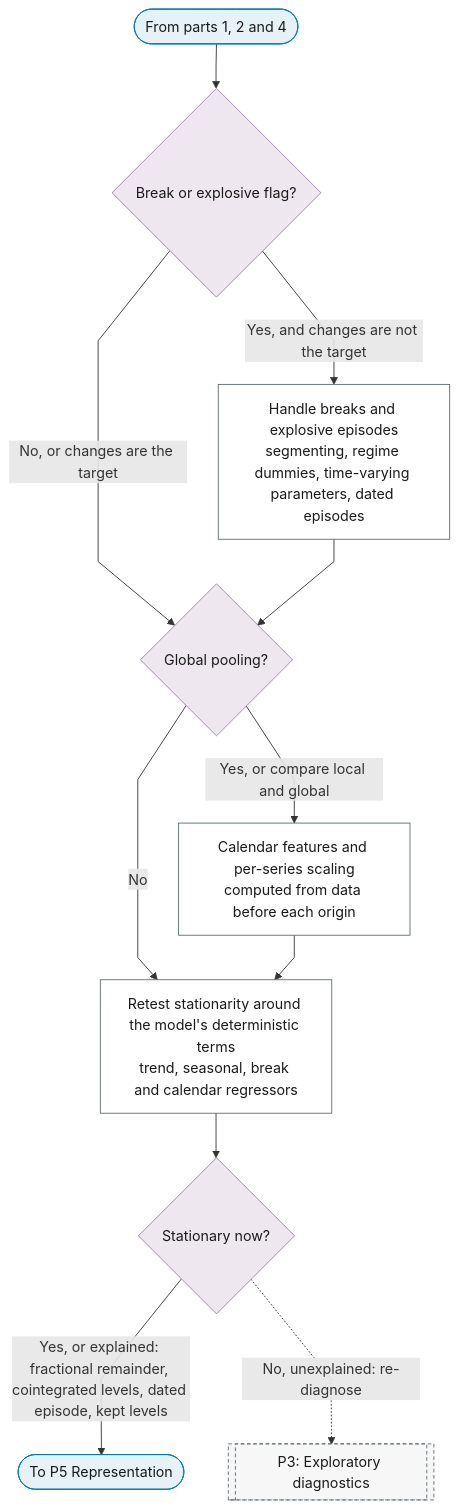
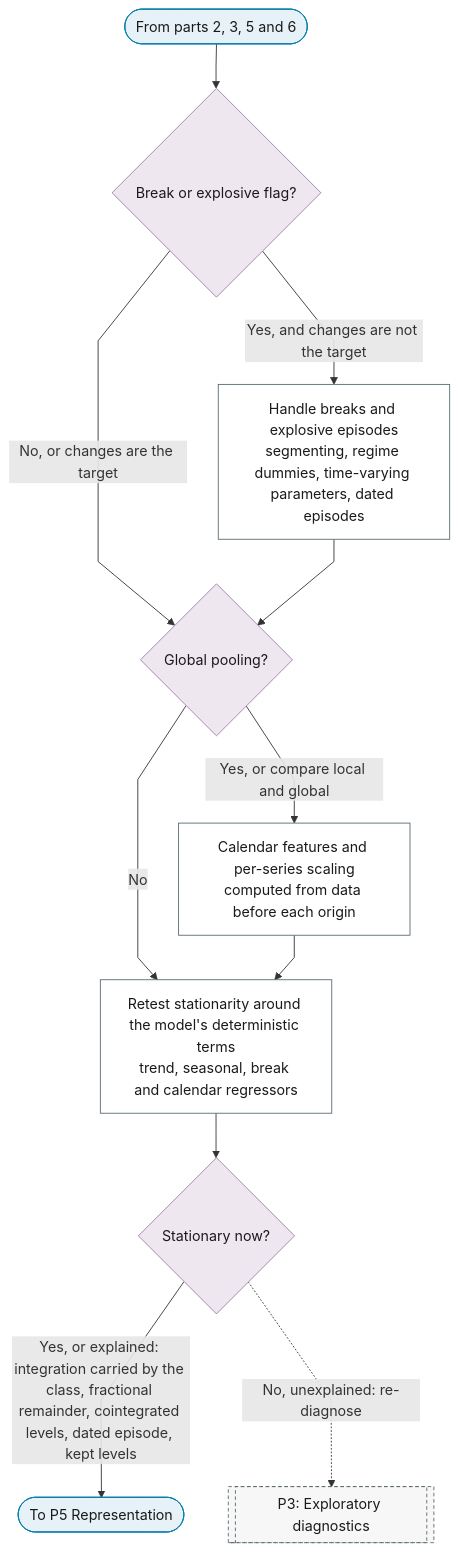
The fourth of 6 diagrams in docs/01-workflow/p04-transformations.md (Shuxin-Y/time-series-analysis-manual), drawn with Mermaid before and after one commit. The commit also changed other lines of this file and 6 other files, not shown here.

First line of the commit message:
fix(p3,p4): purpose- and class-aware treatment of levels and integration

````diff
--- a/docs/01-workflow/p04-transformations.md
+++ b/docs/01-workflow/p04-transformations.md
@@ -89,26 +121,26 @@
 ```mermaid
 %%{init: {"flowchart": {"curve": "linear"}}}%%
 graph TD
-    P4_PART_3_IN(["From parts 1, 2 and 4"]) --> P4_BREAKS{"Break or explosive flag?"}
+    P4_PART_4_IN(["From parts 2, 3, 5 and 6"]) --> P4_BREAKS{"Break or explosive flag?"}
     P4_BREAKS -->|"Yes, and changes are not the target"| P4_BREAK_HANDLING["Handle breaks and explosive episodes<br/>segmenting, regime dummies, time-varying parameters, dated episodes"]
     P4_BREAKS -->|"No, or changes are the target"| P4_POOLING
     P4_BREAK_HANDLING --> P4_POOLING{"Global pooling?"}
     P4_POOLING -->|"Yes, or compare local and global"| P4_FEATURES["Calendar features and per-series scaling<br/>computed from data before each origin"]
     P4_POOLING -->|"No"| P4_RETEST
     P4_FEATURES --> P4_RETEST["Retest stationarity around the model's deterministic terms<br/>trend, seasonal, break and calendar regressors"]
     P4_RETEST --> P4_STATIONARY{"Stationary now?"}
-    P4_STATIONARY -->|"Yes, or explained: fractional remainder, cointegrated levels, dated episode, kept levels"| P4_OUT(["To P5 Representation"])
+    P4_STATIONARY -->|"Yes, or explained: integration carried by the class, fractional remainder, cointegrated levels, dated episode, kept levels"| P4_OUT(["To P5 Representation"])
     P4_STATIONARY -.->|"No, unexplained: re-diagnose"| P3[["P3: Exploratory diagnostics"]]
-    class P4_PART_3_IN,P4_OUT terminator
+    class P4_PART_4_IN,P4_OUT terminator
     class P4_BREAKS,P4_POOLING,P4_STATIONARY decision
     class P4_BREAK_HANDLING,P4_FEATURES,P4_RETEST process
     class P3 ref
     classDef terminator fill:#E6F2F7,stroke:#007BA7,color:#1A1A1A;
     classDef process fill:#FFFFFF,stroke:#5A6B73,color:#1A1A1A;
     classDef decision fill:#EFE7F0,stroke:#9B7FA7,color:#1A1A1A;
     classDef data fill:#FFF4E0,stroke:#C9A55E,color:#1A1A1A;
     classDef good fill:#DCEFD8,stroke:#4A7A3F,color:#1A1A1A;
     classDef escalate fill:#FFE9C2,stroke:#C9A55E,color:#1A1A1A;
     classDef problem fill:#F2D9DE,stroke:#800020,color:#1A1A1A;
     classDef ref fill:#F7F7F7,stroke:#5A6B73,color:#1A1A1A,stroke-dasharray:4 3;
 ```
````
